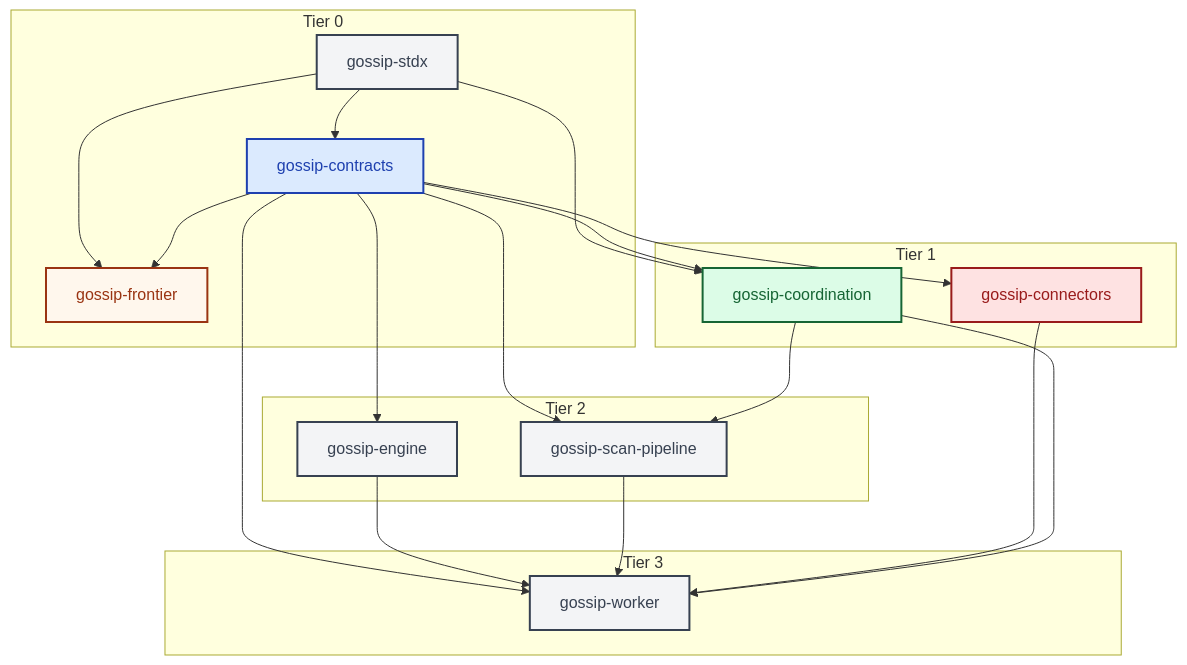
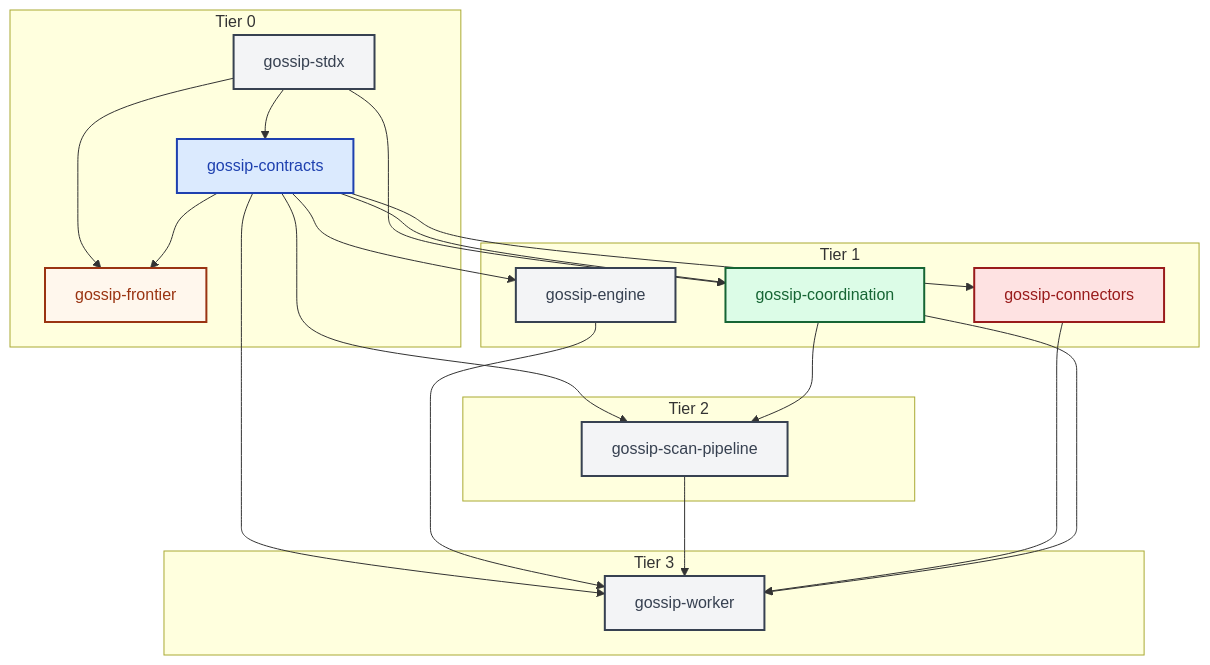
One commit to ahrav/Gossip-rs changed the fourth of 4 diagrams in diagrams/01-system-overview.md. Above: the diagram before and after it, drawn with Mermaid. The commit also changed other lines of this file and 1 other file, not shown here.

First line of the commit message:
Reorganize compilation tiers in architecture docs

````diff
--- a/diagrams/01-system-overview.md
+++ b/diagrams/01-system-overview.md
@@ -229,47 +229,47 @@
 ```mermaid
 %% Diagram: build-dag
 graph TD
     subgraph "Tier 0"
         stdx["gossip-stdx"]
         contracts["gossip-contracts"]
         frontier["gossip-frontier"]
     end
 
     subgraph "Tier 1"
         coordination["gossip-coordination"]
         connectors["gossip-connectors"]
+        engine["gossip-engine"]
     end
 
     subgraph "Tier 2"
-        engine["gossip-engine"]
         pipeline["gossip-scan-pipeline"]
     end
 
     subgraph "Tier 3"
         worker["gossip-worker"]
     end
 
     stdx --> contracts
     stdx --> frontier
     stdx --> coordination
     contracts --> frontier
     contracts --> coordination
     contracts --> connectors
     contracts --> engine
     contracts --> pipeline
     coordination --> pipeline
     contracts --> worker
     engine --> worker
     pipeline --> worker
     connectors --> worker
     coordination --> worker
 
     style stdx fill:#F3F4F6,stroke:#374151,stroke-width:2px,color:#374151
     style contracts fill:#DBEAFE,stroke:#1E40AF,stroke-width:2px,color:#1E40AF
     style frontier fill:#FFF7ED,stroke:#9A3412,stroke-width:2px,color:#9A3412
     style coordination fill:#DCFCE7,stroke:#166534,stroke-width:2px,color:#166534
     style connectors fill:#FEE2E2,stroke:#991B1B,stroke-width:2px,color:#991B1B
     style engine fill:#F3F4F6,stroke:#374151,stroke-width:2px,color:#374151
     style pipeline fill:#F3F4F6,stroke:#374151,stroke-width:2px,color:#374151
     style worker fill:#F3F4F6,stroke:#374151,stroke-width:2px,color:#374151
 ```
````
